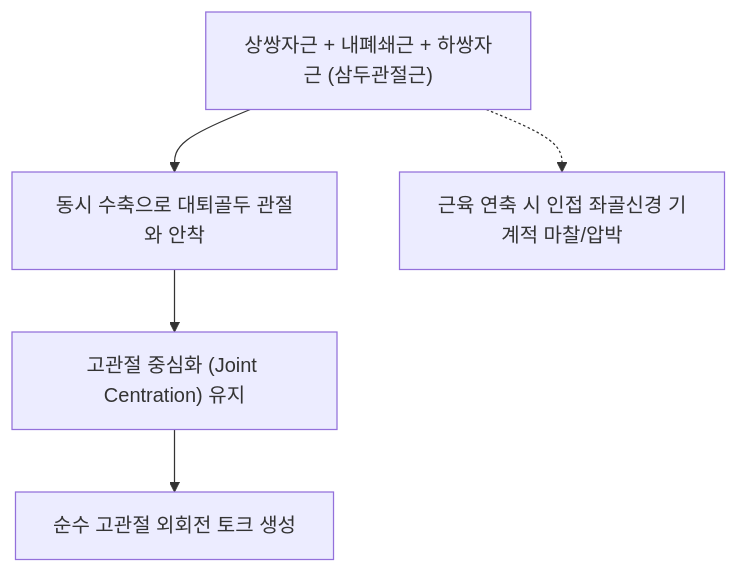
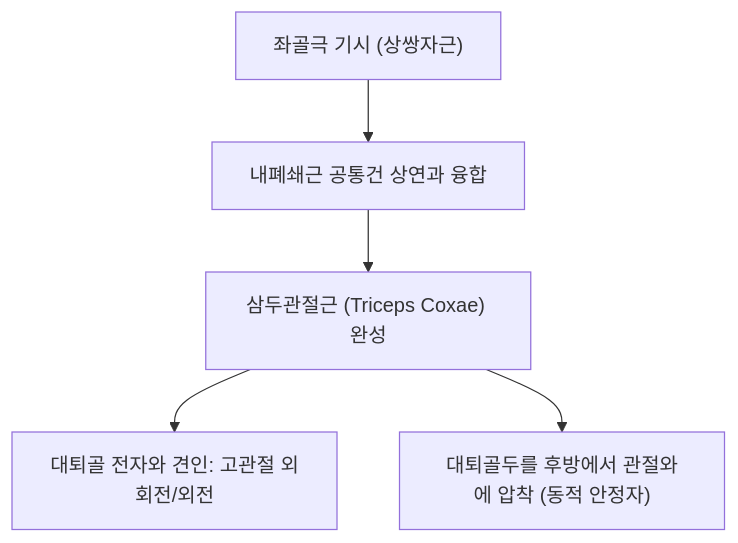
Before and after one commit to simbio11/simbio-digital-garden2: the diagram in content/1. 근골격계 공부/근육/(10) 둔부/상쌍자근.md, drawn with Mermaid. The commit also changed other lines of this file and 150 other files, not shown here.

````diff
--- a/content/1. 근골격계 공부/근육/(10) 둔부/상쌍자근.md
+++ b/content/1. 근골격계 공부/근육/(10) 둔부/상쌍자근.md
@@ -48,7 +54,7 @@
 ```mermaid
 graph TD
-    TricepsCoxae["상쌍자근 + 내폐쇄근 + 하쌍자근 (삼두관절근)"] --> CoContraction["동시 수축으로 대퇴골두 관절와 안착"]
-    CoContraction --> AcetabularCentration["고관절 중심화 (Joint Centration) 유지"]
-    AcetabularCentration --> ExtRotation["순수 고관절 외회전 토크 생성"]
-    TricepsCoxae -.-> SpasmTension["근육 연축 시 인접 좌골신경 기계적 마찰/압박"]
+    IschialSpine["좌골극 기시 (상쌍자근)"] --> TendonFusion["내폐쇄근 공통건 상연과 융합"]
+    TendonFusion --> TricepsCoxae["삼두관절근 (Triceps Coxae) 완성"]
+    TricepsCoxae --> FemurTrochanter["대퇴골 전자와 견인: 고관절 외회전/외전"]
+    TricepsCoxae --> DynamicCentration["대퇴골두를 후방에서 관절와에 압착 (동적 안정자)"]
 ```
````
